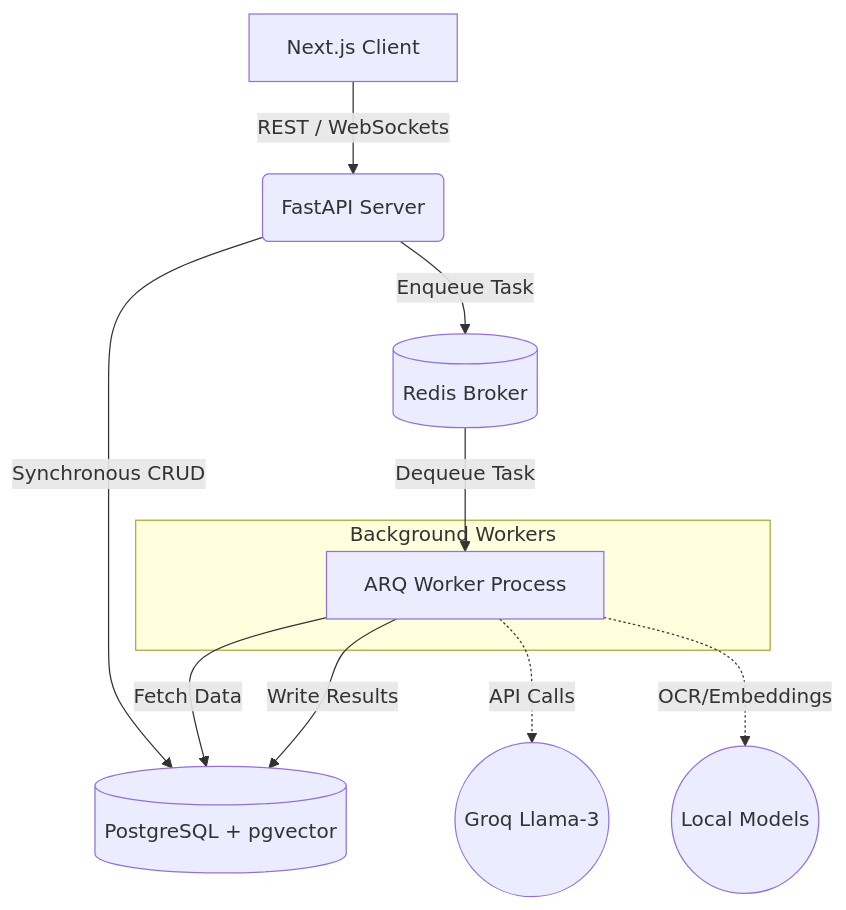
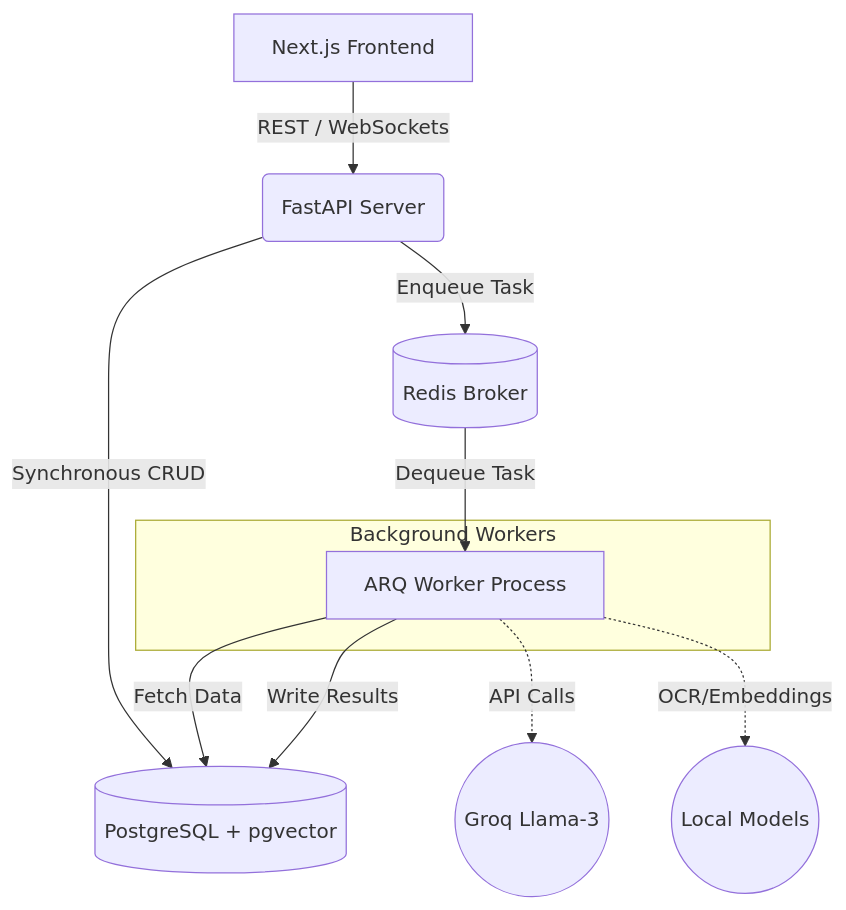
The first of 2 diagrams in README.md (panyakapoor1/ClaimSenseAI), drawn with Mermaid before and after one commit. The commit also changed other lines of this file, not shown here.

Commit message:
docs: rewritten README with multi-agent architecture and full setup instructions

````diff
--- a/README.md
+++ b/README.md
@@ -26,16 +25,16 @@
 ```mermaid
 graph TD
-    Client[Next.js Client] -->|REST / WebSockets| API(FastAPI Server)
+    Client[Next.js Frontend] -->|REST / WebSockets| API(FastAPI Server)
     API -->|Synchronous CRUD| DB[(PostgreSQL + pgvector)]
     API -->|Enqueue Task| Redis[(Redis Broker)]
     
     subgraph Background Workers
         Worker[ARQ Worker Process]
     end
     
     Redis -->|Dequeue Task| Worker
     Worker -->|Fetch Data| DB
     Worker -->|Write Results| DB
     Worker -.->|API Calls| LLM((Groq Llama-3))
     Worker -.->|OCR/Embeddings| LocalAI((Local Models))
 ```
````
